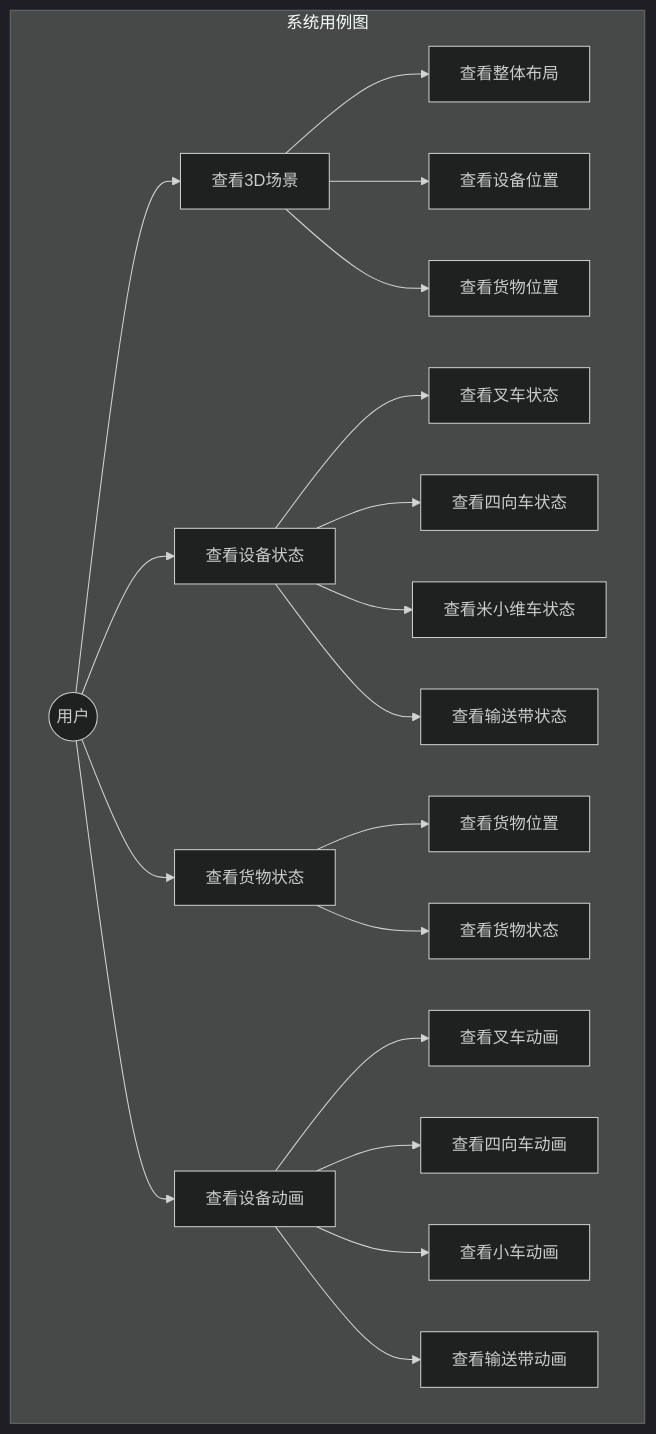
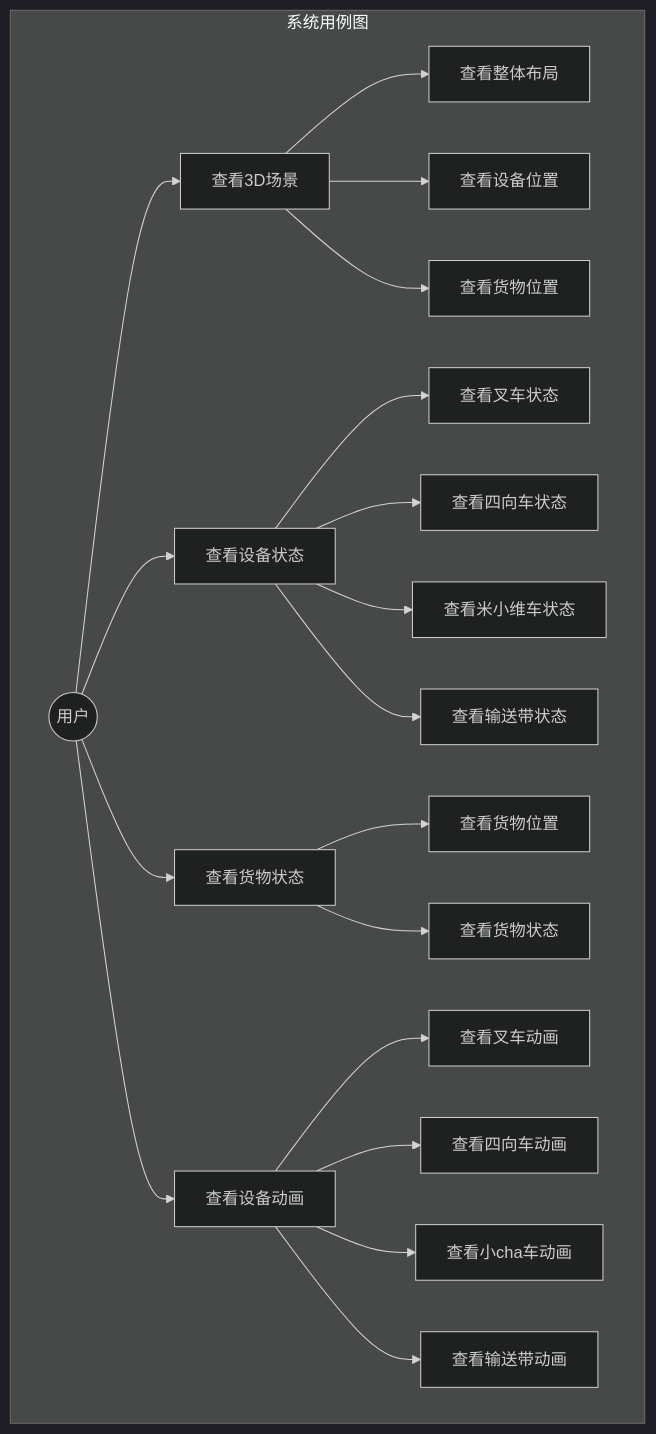
The diagram in all/未命名.md (Mrmilu212/iodraw-files), drawn with Mermaid (dark theme) before and after one commit.

Commit message:
2025-05-18 21:18:00 update

````diff
--- a/all/未命名.md
+++ b/all/未命名.md
@@ -1,27 +1,27 @@
 ```mermaid
 graph TB
     subgraph 系统用例图
     direction LR
     A((用户)) --> B[查看3D场景]
     A --> C[查看设备状态]
     A --> D[查看货物状态]
     A --> E[查看设备动画]
     
     B --> B1[查看整体布局]
     B --> B2[查看设备位置]
     B --> B3[查看货物位置]
     
     C --> C1[查看叉车状态]
     C --> C2[查看四向车状态]
     C --> C3[查看米小维车状态]
     C --> C4[查看输送带状态]
     
     D --> D1[查看货物位置]
     D --> D2[查看货物状态]
     
     E --> E1[查看叉车动画]
     E --> E2[查看四向车动画]
-    E --> E3[查看小车动画]
+    E --> E3[查看小cha车动画]
     E --> E4[查看输送带动画]
     end  
 ```
````
